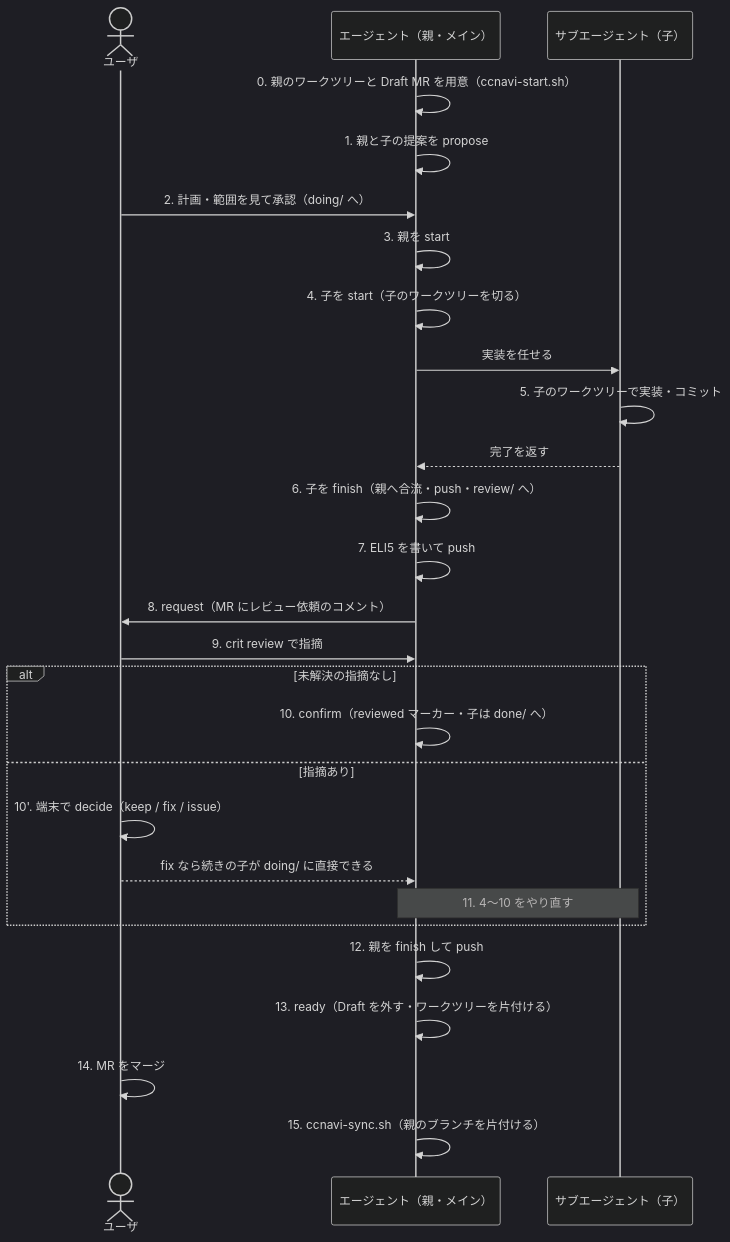
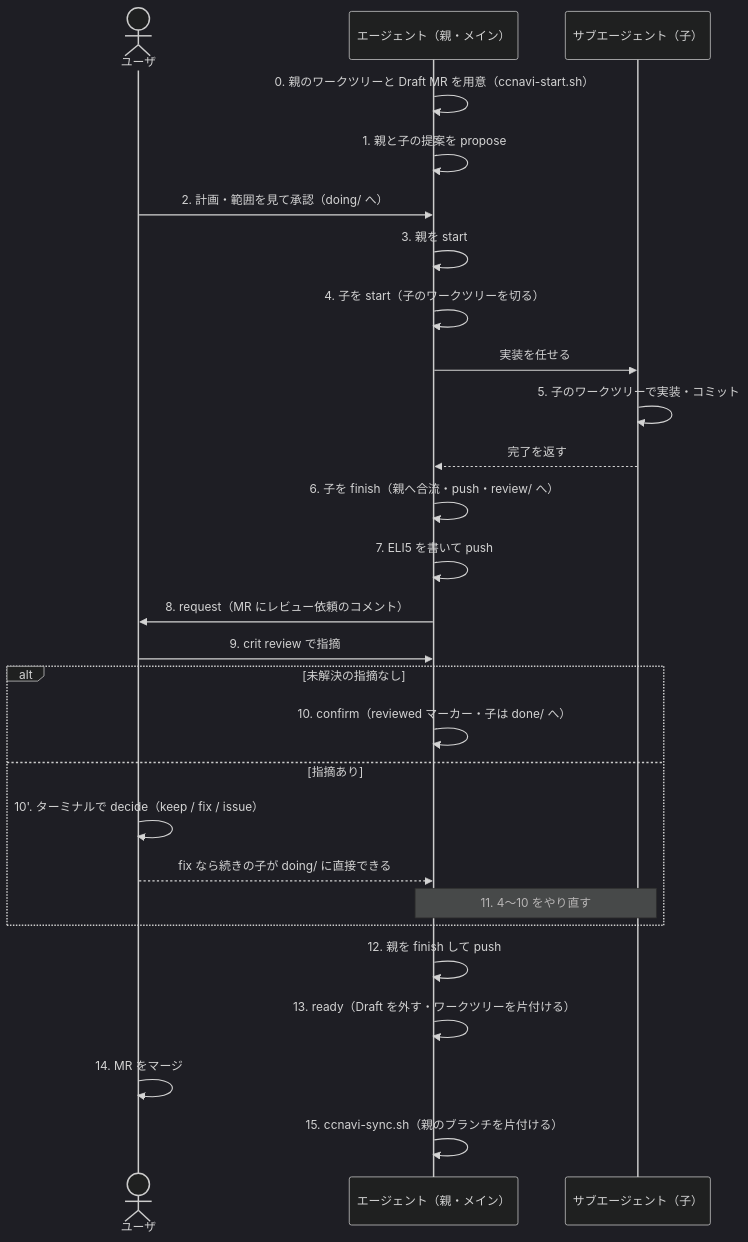
Before and after one commit to yuki-matsu783/ccnavi: the diagram in .ccnavi/docs/ticket-flow.md, drawn with Mermaid (dark theme). The commit also changed other lines of this file and 866 other files, not shown here.

````diff
--- a/.ccnavi/docs/ticket-flow.md
+++ b/.ccnavi/docs/ticket-flow.md
@@ -25,30 +25,30 @@
 ```mermaid
 sequenceDiagram
   actor U as ユーザ
   participant P as エージェント（親・メイン）
   participant S as サブエージェント（子）
 
   P->>P: 0. 親のワークツリーと Draft MR を用意（ccnavi-start.sh）
   P->>P: 1. 親と子の提案を propose
   U->>P: 2. 計画・範囲を見て承認（doing/ へ）
   P->>P: 3. 親を start
   P->>P: 4. 子を start（子のワークツリーを切る）
   P->>S: 実装を任せる
   S->>S: 5. 子のワークツリーで実装・コミット
   S-->>P: 完了を返す
   P->>P: 6. 子を finish（親へ合流・push・review/ へ）
   P->>P: 7. ELI5 を書いて push
   P->>U: 8. request（MR にレビュー依頼のコメント）
   U->>P: 9. crit review で指摘
   alt 未解決の指摘なし
     P->>P: 10. confirm（reviewed マーカー・子は done/ へ）
   else 指摘あり
-    U->>U: 10'. 端末で decide（keep / fix / issue）
+    U->>U: 10'. ターミナルで decide（keep / fix / issue）
     U-->>P: fix なら続きの子が doing/ に直接できる
     Note over P,S: 11. 4〜10 をやり直す
   end
   P->>P: 12. 親を finish して push
   P->>P: 13. ready（Draft を外す・ワークツリーを片付ける）
   U->>U: 14. MR をマージ
   P->>P: 15. ccnavi-sync.sh（親のブランチを片付ける）
 ```
````
